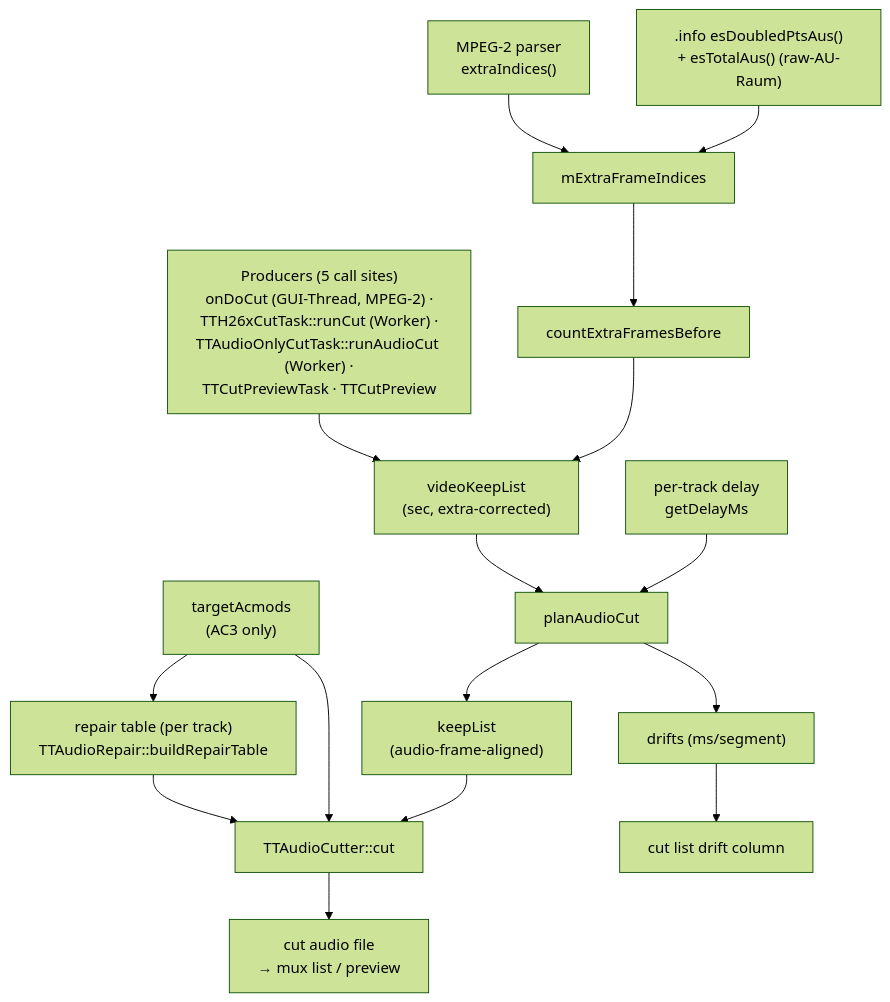
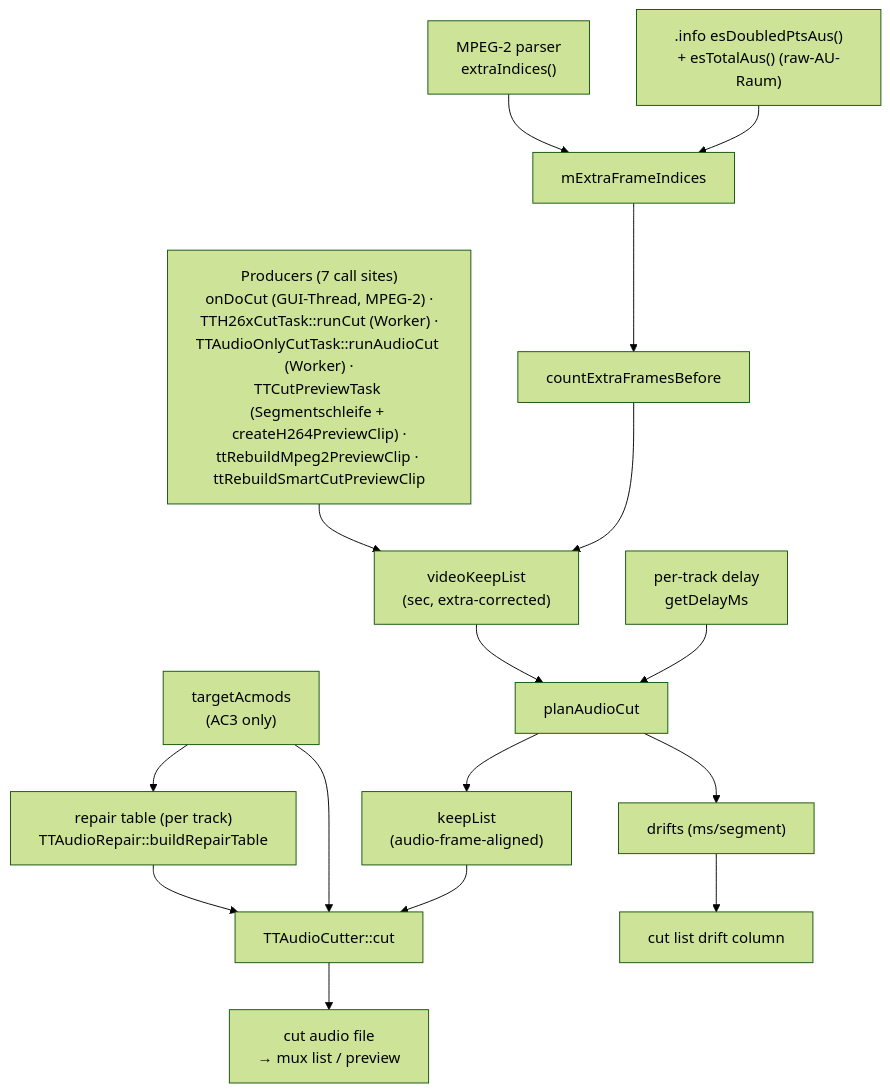
Before and after one commit to MINIXJR/TTCut-ng: the diagram in docs/code-map/audio-cut-timing.md, drawn with Mermaid (forest theme). The commit also changed other lines of this file and 10 other files, not shown here.

````diff
--- a/docs/code-map/audio-cut-timing.md
+++ b/docs/code-map/audio-cut-timing.md
@@ -64,34 +65,34 @@
 ```mermaid
 flowchart TD
   INFO[".info esDoubledPtsAus()<br/>+ esTotalAus() (raw-AU-Raum)"]
   MP2X["MPEG-2 parser<br/>extraIndices()"]
   EXTRA["mExtraFrameIndices"]
   CEFB["countExtraFramesBefore"]
-  PROD["Producers (5 call sites)<br/>onDoCut (GUI-Thread, MPEG-2) ·<br/>TTH26xCutTask::runCut (Worker) ·<br/>TTAudioOnlyCutTask::runAudioCut (Worker) ·<br/>TTCutPreviewTask · TTCutPreview"]
+  PROD["Producers (7 call sites)<br/>onDoCut (GUI-Thread, MPEG-2) ·<br/>TTH26xCutTask::runCut (Worker) ·<br/>TTAudioOnlyCutTask::runAudioCut (Worker) ·<br/>TTCutPreviewTask (Segmentschleife + createH264PreviewClip) ·<br/>ttRebuildMpeg2PreviewClip · ttRebuildSmartCutPreviewClip"]
   VKL["videoKeepList<br/>(sec, extra-corrected)"]
   DELAY["per-track delay<br/>getDelayMs"]
   PLAN["planAudioCut"]
   KEEP["keepList<br/>(audio-frame-aligned)"]
   ACMOD["targetAcmods<br/>(AC3 only)"]
   REPAIR["repair table (per track)<br/>TTAudioRepair::buildRepairTable"]
   CUT["TTAudioCutter::cut"]
   OUT["cut audio file<br/>→ mux list / preview"]
   DRIFT["drifts (ms/segment)"]
   COL4["cut list drift column"]
 
   INFO --> EXTRA
   MP2X --> EXTRA
   EXTRA --> CEFB
   CEFB --> VKL
   PROD --> VKL
   DELAY --> PLAN
   VKL --> PLAN
   PLAN --> KEEP
   PLAN --> DRIFT
   KEEP --> CUT
   ACMOD --> CUT
   ACMOD --> REPAIR
   REPAIR --> CUT
   CUT --> OUT
   DRIFT --> COL4
 ```
````
